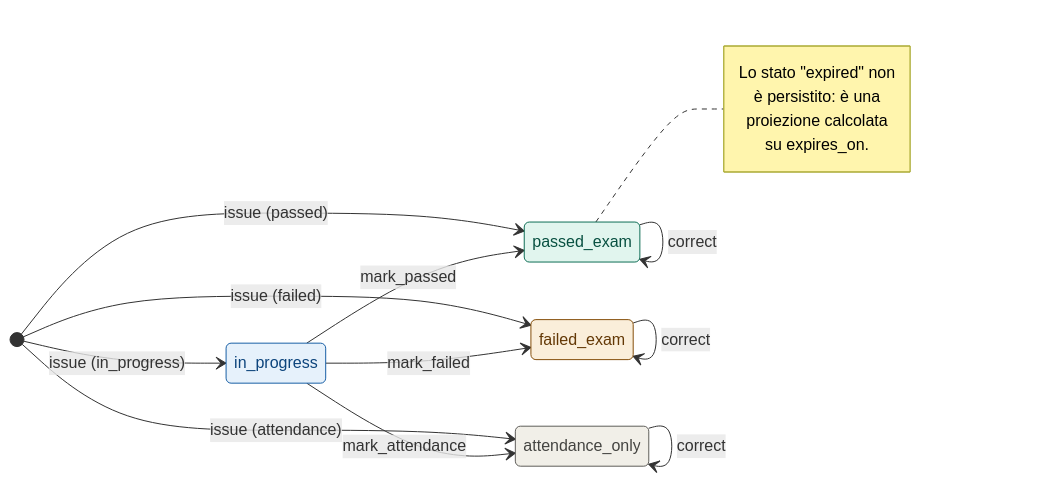
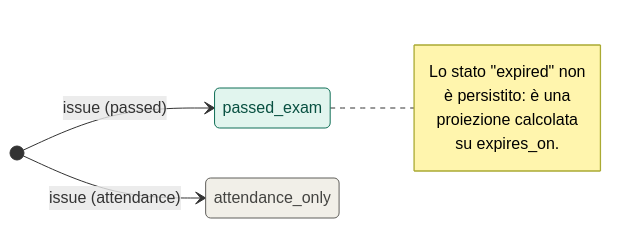
The second of 3 diagrams in apps/training/docs/state-machines.md (sciacco/mrsmith), drawn with Mermaid before and after one commit. The commit also changed other lines of this file and 21 other files, not shown here.

````diff
--- a/apps/training/docs/state-machines.md
+++ b/apps/training/docs/state-machines.md
@@ -127,34 +127,20 @@
 ```mermaid
 stateDiagram-v2
     direction LR
 
-    [*] --> in_progress: issue (in_progress)
     [*] --> passed_exam: issue (passed)
-    [*] --> failed_exam: issue (failed)
     [*] --> attendance_only: issue (attendance)
-
-    in_progress --> passed_exam: mark_passed
-    in_progress --> failed_exam: mark_failed
-    in_progress --> attendance_only: mark_attendance
-
-    passed_exam --> passed_exam: correct
-    failed_exam --> failed_exam: correct
-    attendance_only --> attendance_only: correct
 
     note right of passed_exam
         Lo stato "expired" non
         è persistito: è una
         proiezione calcolata
         su expires_on.
     end note
 
-    classDef pending fill:#E6F1FB,stroke:#185FA5,color:#0C447C
     classDef ok fill:#E1F5EE,stroke:#0F6E56,color:#085041
-    classDef ko fill:#FAEEDA,stroke:#854F0B,color:#633806
     classDef neutral fill:#F1EFE8,stroke:#5F5E5A,color:#444441
 
-    class in_progress pending
     class passed_exam ok
-    class failed_exam ko
     class attendance_only neutral
 ```
````
